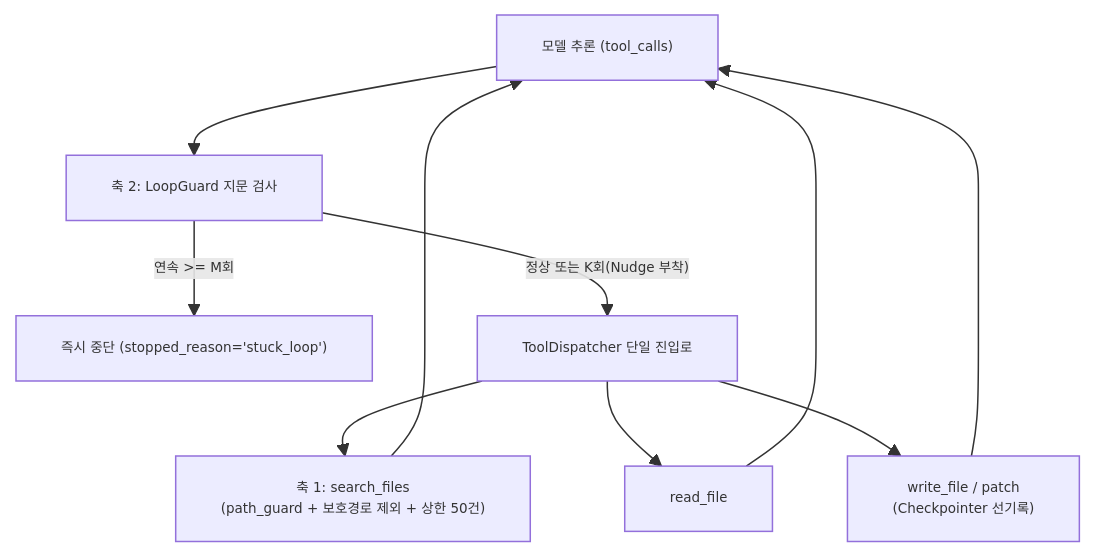
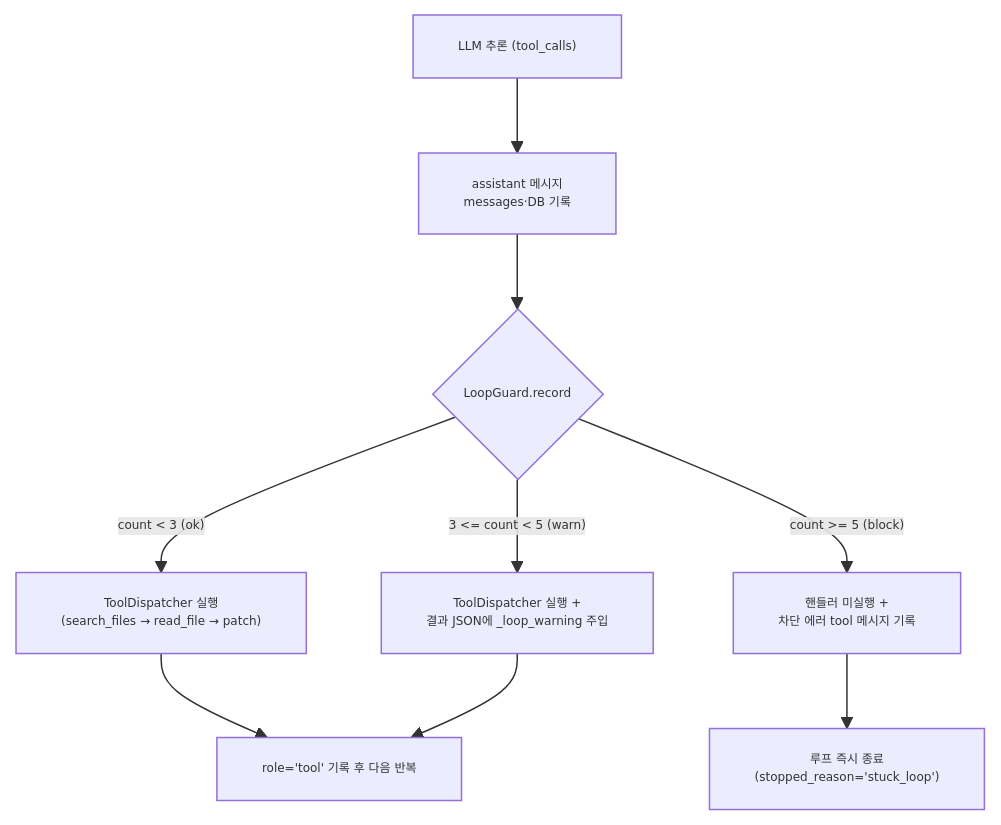
The second of 4 diagrams in docs/로드맵/15-루프-정체-감지-자가-교정-MVP/ROADMAP.md (RadiantCitron/hermes-agent-study), drawn with Mermaid before and after one commit. The commit also changed other lines of this file and 1 other file, not shown here.

Commit message:
docs(roadmap): R15-PLAN - 로드맵 15 마스터 설계도(ROADMAP.md) 및 대시보드·색인 확정

````diff
--- a/docs/로드맵/15-루프-정체-감지-자가-교정-MVP/ROADMAP.md
+++ b/docs/로드맵/15-루프-정체-감지-자가-교정-MVP/ROADMAP.md
@@ -10,13 +62,12 @@
 ```mermaid
-%%{init: {"themeVariables": {"fontSize": "9px"}}}%%
+%%{init: {"themeVariables": {"fontSize": "8px"}}}%%
 flowchart TD
-  LLM["모델 추론 (tool_calls)"] --> FP["축 2: LoopGuard 지문 검사"]
-  FP -->|"연속 >= M회"| CB["즉시 중단 (stopped_reason='stuck_loop')"]
-  FP -->|"정상 또는 K회(Nudge 부착)"| DISP["ToolDispatcher 단일 진입로"]
-  DISP --> S["축 1: search_files<br/>(path_guard + 보호경로 제외 + 상한 50건)"]
-  DISP --> R["read_file"]
-  DISP --> E["write_file / patch<br/>(Checkpointer 선기록)"]
-  S --> LLM
-  R --> LLM
-  E --> LLM
+  LLM["LLM 추론 (tool_calls)"] --> REC["assistant 메시지<br/>messages·DB 기록"]
+  REC --> LG{"LoopGuard.record"}
+  LG -->|"count < 3 (ok)"| DISP["ToolDispatcher 실행<br/>(search_files → read_file → patch)"]
+  LG -->|"3 <= count < 5 (warn)"| WARN["ToolDispatcher 실행 +<br/>결과 JSON에 _loop_warning 주입"]
+  LG -->|"count >= 5 (block)"| BLK["핸들러 미실행 +<br/>차단 에러 tool 메시지 기록"]
+  DISP --> TMSG["role='tool' 기록 후 다음 반복"]
+  WARN --> TMSG
+  BLK --> STOP["루프 즉시 종료<br/>(stopped_reason='stuck_loop')"]
 ```
````
